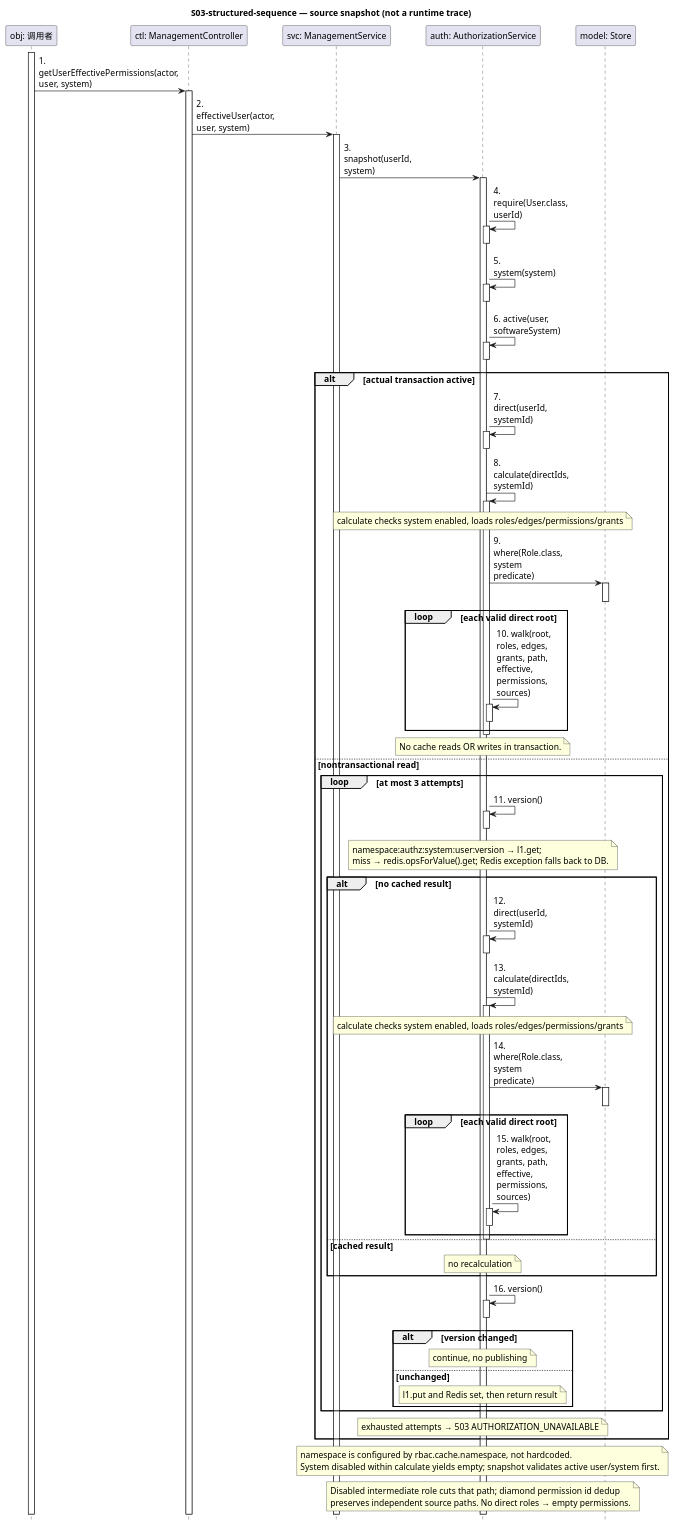
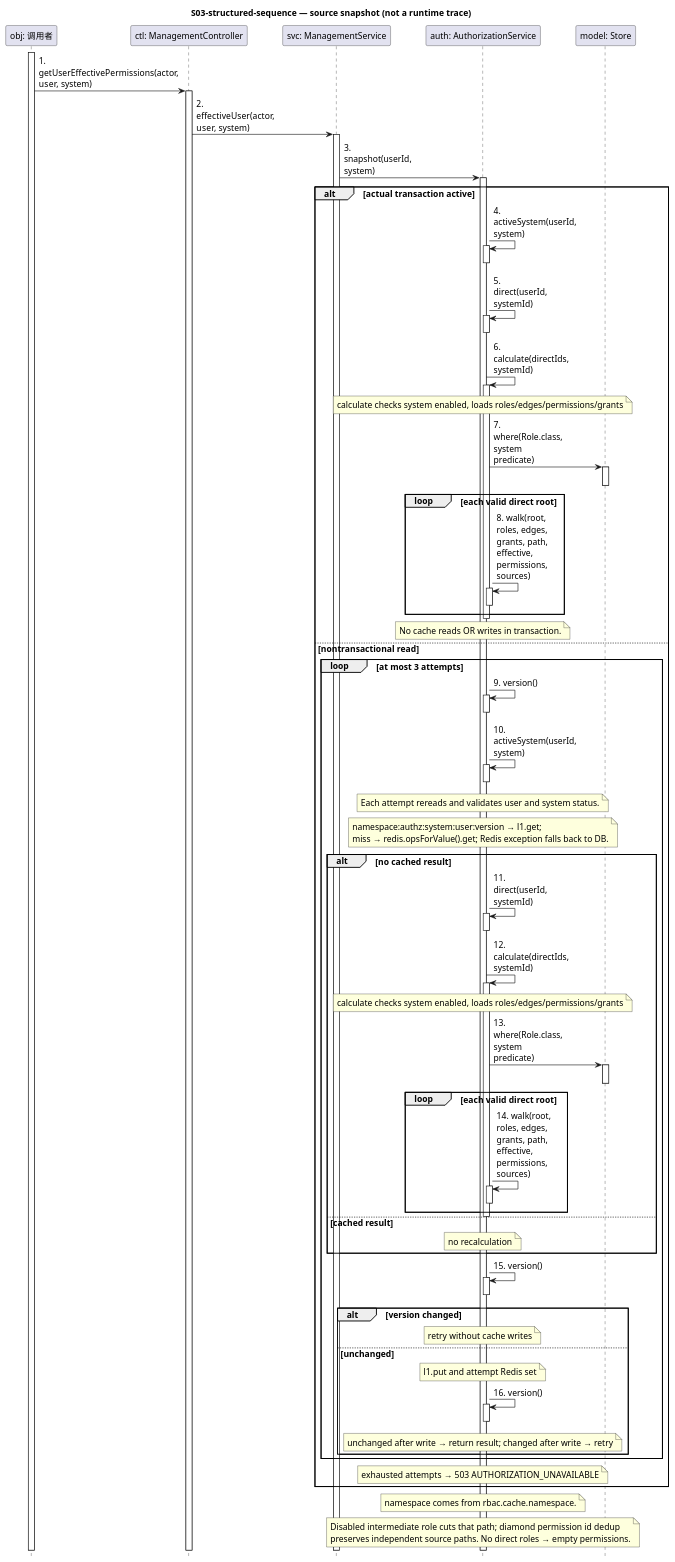
Before and after one commit to tang-new/OOAD: the diagram in docs/design/S03-structured-sequence.puml, drawn with PlantUML. The commit also changed 44 other files, not shown here.

```diff
--- a/docs/design/S03-structured-sequence.puml
+++ b/docs/design/S03-structured-sequence.puml
@@ -1,113 +1,118 @@
 @startuml
 hide footbox
 skinparam defaultFontName Microsoft YaHei
 skinparam defaultFontSize 14
 skinparam ParticipantPadding 24
 skinparam BoxPadding 12
 skinparam sequenceMessageAlign left
 skinparam maxMessageSize 100
 title S03-structured-sequence — source snapshot (not a runtime trace)
 participant "obj: 调用者" as obj
 participant "ctl: ManagementController" as ctl
 participant "svc: ManagementService" as svc
 participant "auth: AuthorizationService" as auth
 participant "model: Store" as model
 activate obj
 obj -> ctl: 1. getUserEffectivePermissions(actor, user, system)
 activate ctl
 ctl -> svc: 2. effectiveUser(actor, user, system)
 activate svc
 svc -> auth: 3. snapshot(userId, system)
 activate auth
-auth -> auth: 4. require(User.class, userId)
+alt actual transaction active
+auth -> auth: 4. activeSystem(userId, system)
 activate auth
 deactivate auth
-auth -> auth: 5. system(system)
+auth -> auth: 5. direct(userId, systemId)
 activate auth
 deactivate auth
-auth -> auth: 6. active(user, softwareSystem)
-activate auth
-deactivate auth
-alt actual transaction active
-auth -> auth: 7. direct(userId, systemId)
-activate auth
-deactivate auth
-auth -> auth: 8. calculate(directIds, systemId)
+auth -> auth: 6. calculate(directIds, systemId)
 activate auth
 note over auth
 calculate checks system enabled, loads roles/edges/permissions/grants
 end note
-auth -> model: 9. where(Role.class, system predicate)
+auth -> model: 7. where(Role.class, system predicate)
 activate model
 deactivate model
 loop each valid direct root
-auth -> auth: 10. walk(root, roles, edges, grants, path, effective, permissions, sources)
+auth -> auth: 8. walk(root, roles, edges, grants, path, effective, permissions, sources)
 activate auth
 deactivate auth
 end
 deactivate auth
 note over auth
 No cache reads OR writes in transaction.
 end note
 else nontransactional read
 loop at most 3 attempts
-auth -> auth: 11. version()
+auth -> auth: 9. version()
 activate auth
 deactivate auth
+auth -> auth: 10. activeSystem(userId, system)
+activate auth
+deactivate auth
+note over auth
+Each attempt rereads and validates user and system status.
+end note
 note over auth
 namespace:authz:system:user:version → l1.get;
 miss → redis.opsForValue().get; Redis exception falls back to DB.
 end note
 alt no cached result
-auth -> auth: 12. direct(userId, systemId)
+auth -> auth: 11. direct(userId, systemId)
 activate auth
 deactivate auth
-auth -> auth: 13. calculate(directIds, systemId)
+auth -> auth: 12. calculate(directIds, systemId)
 activate auth
 note over auth
 calculate checks system enabled, loads roles/edges/permissions/grants
 end note
-auth -> model: 14. where(Role.class, system predicate)
+auth -> model: 13. where(Role.class, system predicate)
 activate model
 deactivate model
 loop each valid direct root
-auth -> auth: 15. walk(root, roles, edges, grants, path, effective, permissions, sources)
+auth -> auth: 14. walk(root, roles, edges, grants, path, effective, permissions, sources)
 activate auth
 deactivate auth
 end
 deactivate auth
 else cached result
 note over auth
 no recalculation
 end note
 end
-auth -> auth: 16. version()
+auth -> auth: 15. version()
 activate auth
 deactivate auth
 alt version changed
 note over auth
-continue, no publishing
+retry without cache writes
 end note
 else unchanged
 note over auth
-l1.put and Redis set, then return result
+l1.put and attempt Redis set
+end note
+auth -> auth: 16. version()
+activate auth
+deactivate auth
+note over auth
+unchanged after write → return result; changed after write → retry
 end note
 end
 end
 note over auth
 exhausted attempts → 503 AUTHORIZATION_UNAVAILABLE
 end note
 end
 note over auth
-namespace is configured by rbac.cache.namespace, not hardcoded.
-System disabled within calculate yields empty; snapshot validates active user/system first.
+namespace comes from rbac.cache.namespace.
 end note
 note over auth
 Disabled intermediate role cuts that path; diamond permission id dedup
 preserves independent source paths. No direct roles → empty permissions.
 end note
 deactivate auth
 deactivate svc
 deactivate ctl
 deactivate obj
 @enduml
```
